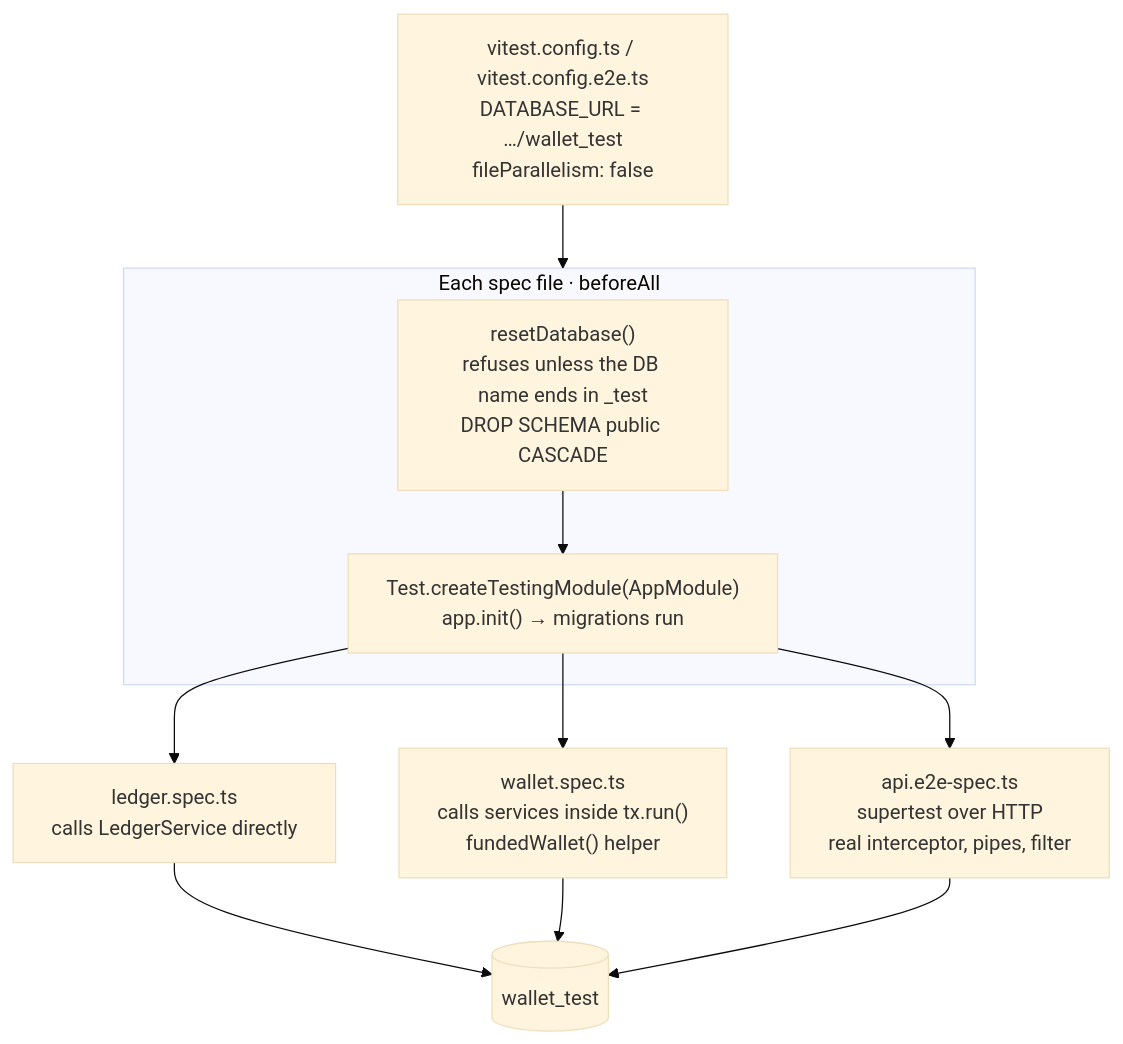
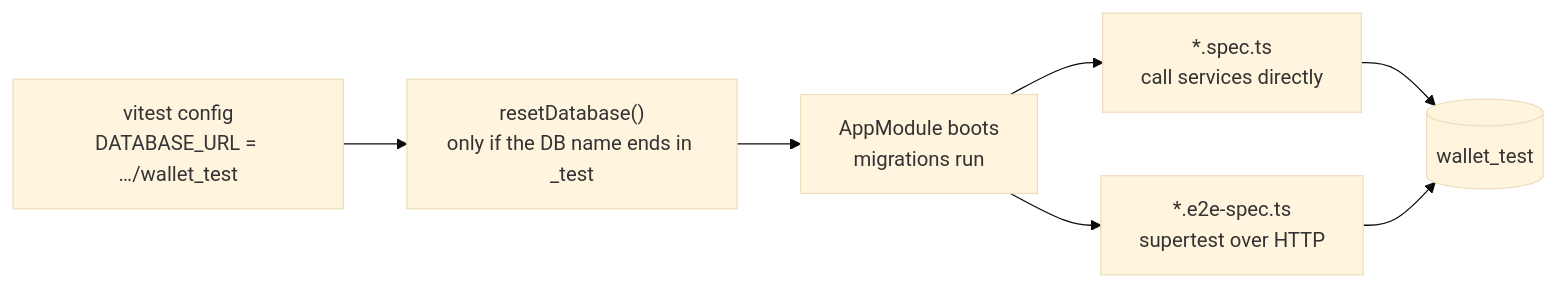
Before and after one commit to F-Fischer/wallet-ledger: the diagram in docs/architecture/testing.md, drawn with Mermaid (base theme). The commit also changed other lines of this file and 6 other files, not shown here.

First line of the commit message:
Split Testing into a one-screen overview and a test inventory page

````diff
--- a/docs/architecture/testing.md
+++ b/docs/architecture/testing.md
@@ -7,15 +24,9 @@
 ```mermaid
-flowchart TB
-  VC["vitest.config.ts / vitest.config.e2e.ts<br/>DATABASE_URL = …/wallet_test<br/>fileParallelism: false"] --> SPEC
-  subgraph SPEC[Each spec file · beforeAll]
-    R["resetDatabase()<br/>refuses unless the DB name ends in _test<br/>DROP SCHEMA public CASCADE"]
-    APP["Test.createTestingModule(AppModule)<br/>app.init() → migrations run"]
-    R --> APP
-  end
-  APP --> U1["ledger.spec.ts<br/>calls LedgerService directly"]
-  APP --> U2["wallet.spec.ts<br/>calls services inside tx.run()<br/>fundedWallet() helper"]
-  APP --> E["api.e2e-spec.ts<br/>supertest over HTTP<br/>real interceptor, pipes, filter"]
-  U1 --> PG[("wallet_test")]
-  U2 --> PG
+flowchart LR
+  CFG["vitest config<br/>DATABASE_URL = …/wallet_test"] --> R["resetDatabase()<br/>only if the DB name ends in _test"]
+  R --> APP["AppModule boots<br/>migrations run"]
+  APP --> U["*.spec.ts<br/>call services directly"]
+  APP --> E["*.e2e-spec.ts<br/>supertest over HTTP"]
+  U --> PG[("wallet_test")]
   E --> PG
 ```
````
